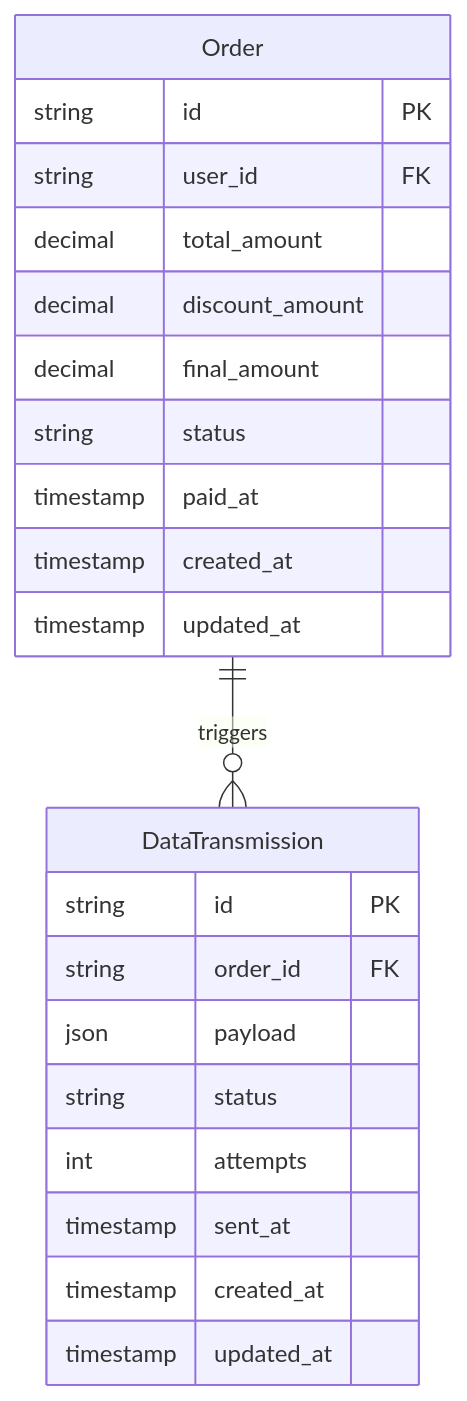
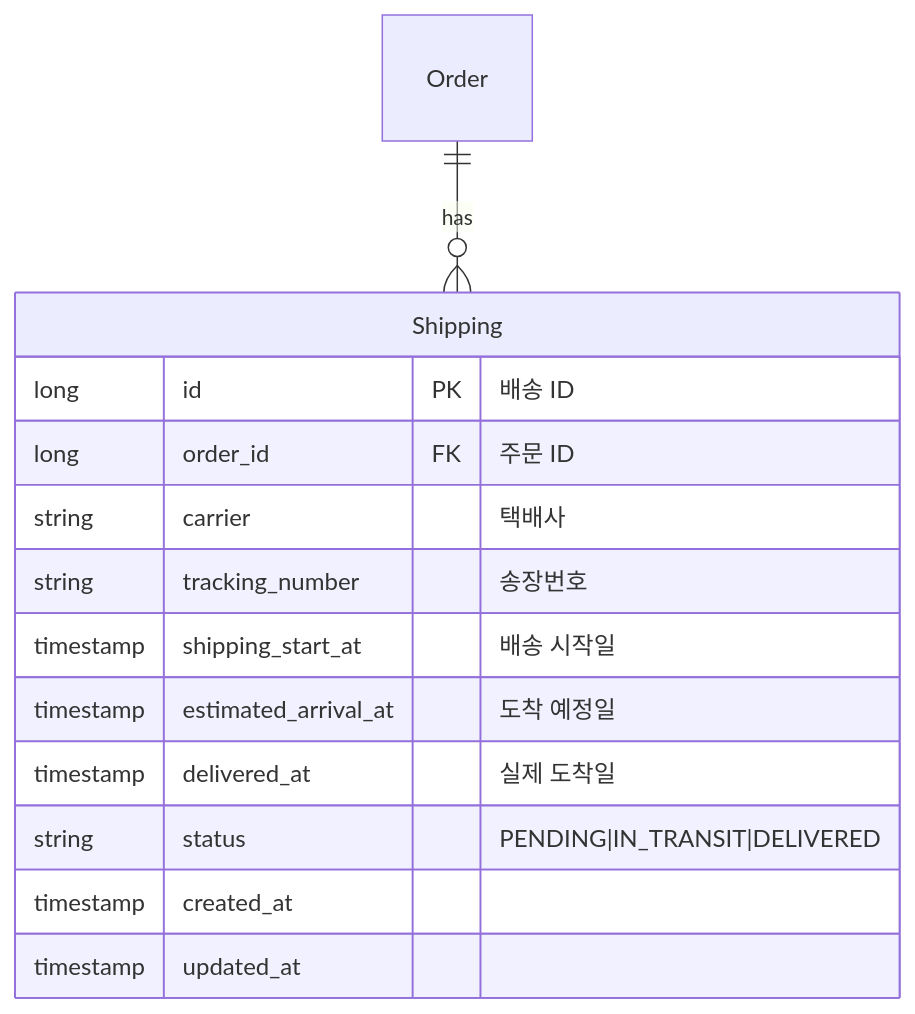
One commit to knowave/hhplus-ecommerce-kotlin changed the sixth of 7 diagrams in docs/database-diagram.md. Above: the diagram before and after it, drawn with Mermaid. The commit also changed other lines of this file, not shown here.

Commit message:
FIX: shipping table diagram 추가

````diff
--- a/docs/database-diagram.md
+++ b/docs/database-diagram.md
@@ -386,27 +346,17 @@
 ```mermaid
 erDiagram
-    Order ||--o{ DataTransmission : "triggers"
+    Order ||--o{ Shipping : "has"
 
-    Order {
-        string id PK
-        string user_id FK
-        decimal total_amount
-        decimal discount_amount
-        decimal final_amount
-        string status
-        timestamp paid_at
-        timestamp created_at
-        timestamp updated_at
-    }
-
-    DataTransmission {
-        string id PK
-        string order_id FK
-        json payload
-        string status
-        int attempts
-        timestamp sent_at
+    Shipping {
+        long id PK "배송 ID"
+        long order_id FK "주문 ID"
+        string carrier "택배사"
+        string tracking_number "송장번호"
+        timestamp shipping_start_at "배송 시작일"
+        timestamp estimated_arrival_at "도착 예정일"
+        timestamp delivered_at "실제 도착일"
+        string status "PENDING|IN_TRANSIT|DELIVERED"
         timestamp created_at
         timestamp updated_at
     }
 ```
````
